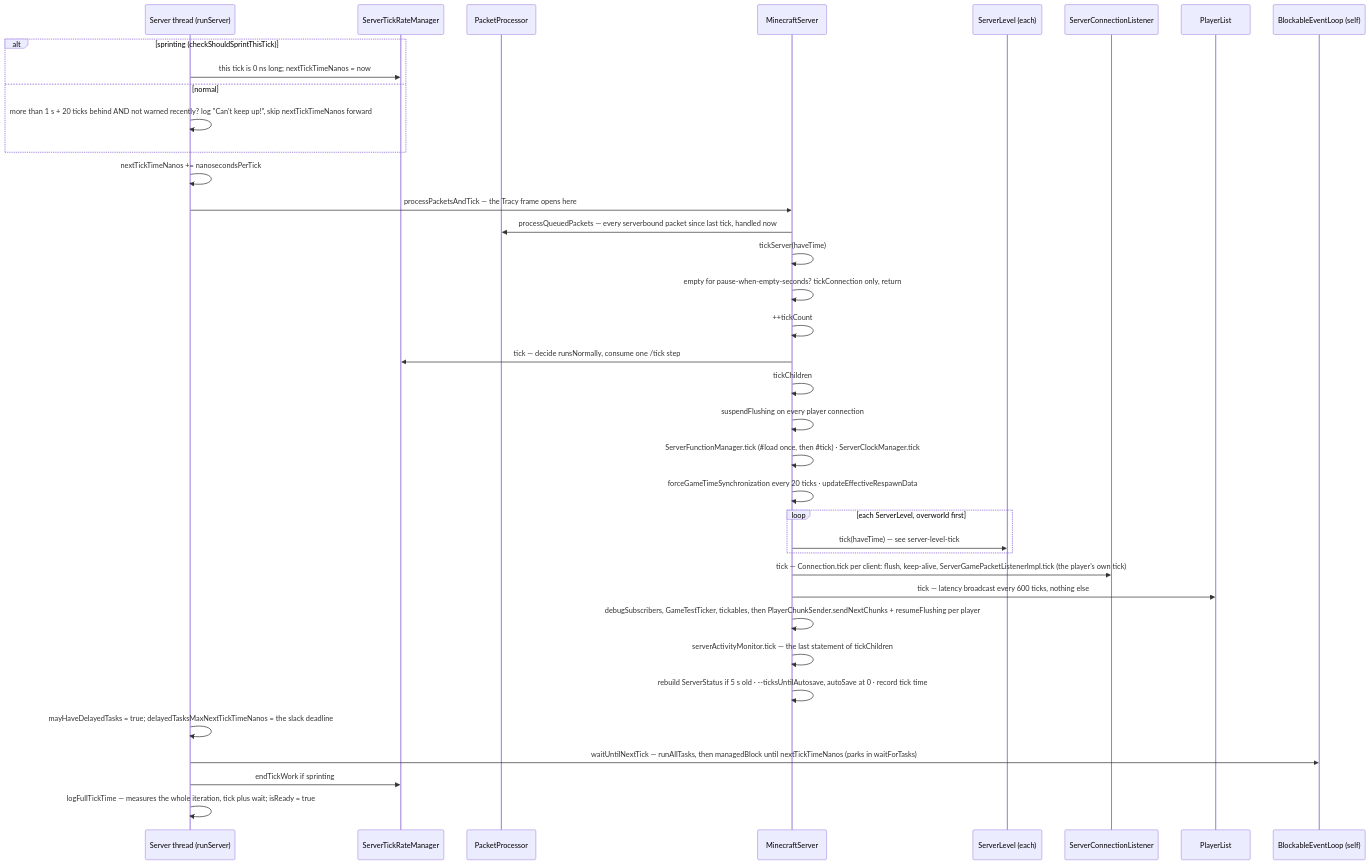
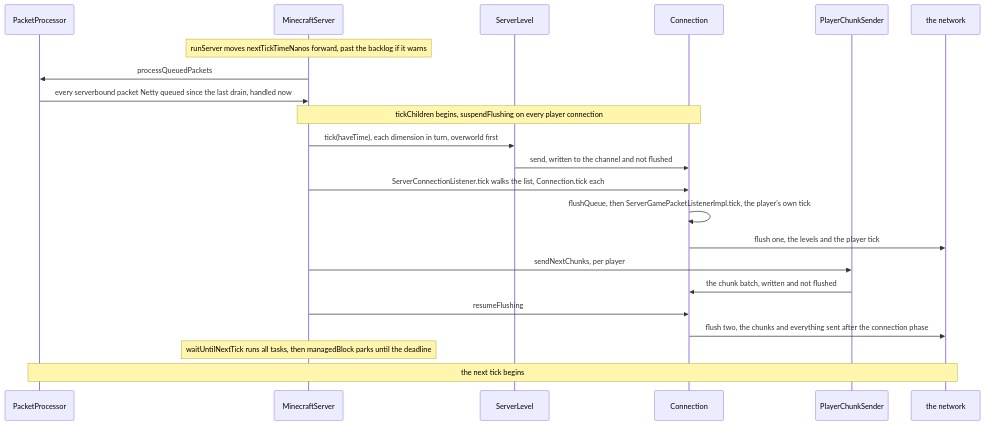
One commit to AlexanderjFraser/MinecraftDocs changed the first of 2 diagrams in src/systems/server/server-tick.md. Above: the diagram before and after it, drawn with Mermaid. The commit also changed other lines of this file and 17 other files, not shown here.

````diff
--- a/src/systems/server/server-tick.md
+++ b/src/systems/server/server-tick.md
@@ -110,40 +36,25 @@
 ```mermaid
 sequenceDiagram
-    participant ST as Server thread (runServer)
-    participant TRM as ServerTickRateManager
     participant PP as PacketProcessor
     participant MS as MinecraftServer
-    participant SL as ServerLevel (each)
-    participant SCL as ServerConnectionListener
-    participant PL as PlayerList
-    participant EL as BlockableEventLoop (self)
+    participant SL as ServerLevel
+    participant Conn as Connection
+    participant PCS as PlayerChunkSender
+    participant Wire as the network
 
-    alt sprinting (checkShouldSprintThisTick)
-        ST->>TRM: this tick is 0 ns long#59; nextTickTimeNanos = now
-    else normal
-        ST->>ST: more than 1 s + 20 ticks behind AND not warned recently? log "Can't keep up!", skip nextTickTimeNanos forward
-    end
-    ST->>ST: nextTickTimeNanos += nanosecondsPerTick
-    ST->>MS: processPacketsAndTick — the Tracy frame opens here
-    MS->>PP: processQueuedPackets — every serverbound packet since last tick, handled now
-    MS->>MS: tickServer(haveTime)
-    MS->>MS: empty for pause-when-empty-seconds? tickConnection only, return
-    MS->>MS: ++tickCount
-    MS->>TRM: tick — decide runsNormally, consume one /tick step
-    MS->>MS: tickChildren
-    MS->>MS: suspendFlushing on every player connection
-    MS->>MS: ServerFunctionManager.tick (#35;load once, then #35;tick) · ServerClockManager.tick
-    MS->>MS: forceGameTimeSynchronization every 20 ticks · updateEffectiveRespawnData
-    loop each ServerLevel, overworld first
-        MS->>SL: tick(haveTime) — see server-level-tick
-    end
-    MS->>SCL: tick — Connection.tick per client: flush, keep-alive, ServerGamePacketListenerImpl.tick (the player's own tick)
-    MS->>PL: tick — latency broadcast every 600 ticks, nothing else
-    MS->>MS: debugSubscribers, GameTestTicker, tickables, then PlayerChunkSender.sendNextChunks + resumeFlushing per player
-    MS->>MS: serverActivityMonitor.tick — the last statement of tickChildren
-    MS->>MS: rebuild ServerStatus if 5 s old · --ticksUntilAutosave, autoSave at 0 · record tick time
-    ST->>ST: mayHaveDelayedTasks = true#59; delayedTasksMaxNextTickTimeNanos = the slack deadline
-    ST->>EL: waitUntilNextTick — runAllTasks, then managedBlock until nextTickTimeNanos (parks in waitForTasks)
-    ST->>TRM: endTickWork if sprinting
-    ST->>ST: logFullTickTime — measures the whole iteration, tick plus wait#59; isReady = true
+    Note over MS: runServer moves nextTickTimeNanos forward, past the backlog if it warns
+    MS->>PP: processQueuedPackets
+    PP->>MS: every serverbound packet Netty queued since the last drain, handled now
+    Note over MS,Conn: tickChildren begins, suspendFlushing on every player connection
+    MS->>SL: tick(haveTime), each dimension in turn, overworld first
+    SL->>Conn: send, written to the channel and not flushed
+    MS->>Conn: ServerConnectionListener.tick walks the list, Connection.tick each
+    Conn->>Conn: flushQueue, then ServerGamePacketListenerImpl.tick, the player's own tick
+    Conn->>Wire: flush one, the levels and the player tick
+    MS->>PCS: sendNextChunks, per player
+    PCS->>Conn: the chunk batch, written and not flushed
+    MS->>Conn: resumeFlushing
+    Conn->>Wire: flush two, the chunks and everything sent after the connection phase
+    Note over MS: waitUntilNextTick runs all tasks, then managedBlock parks until the deadline
+    Note over PP,Wire: the next tick begins
 ```
````
